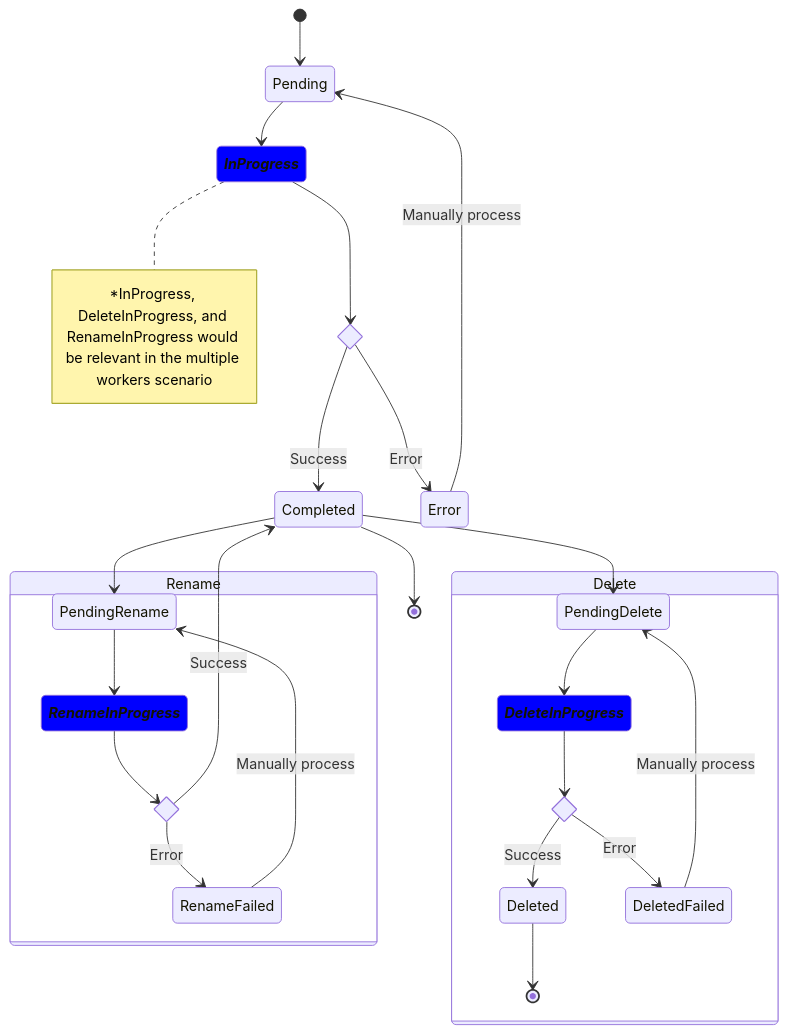
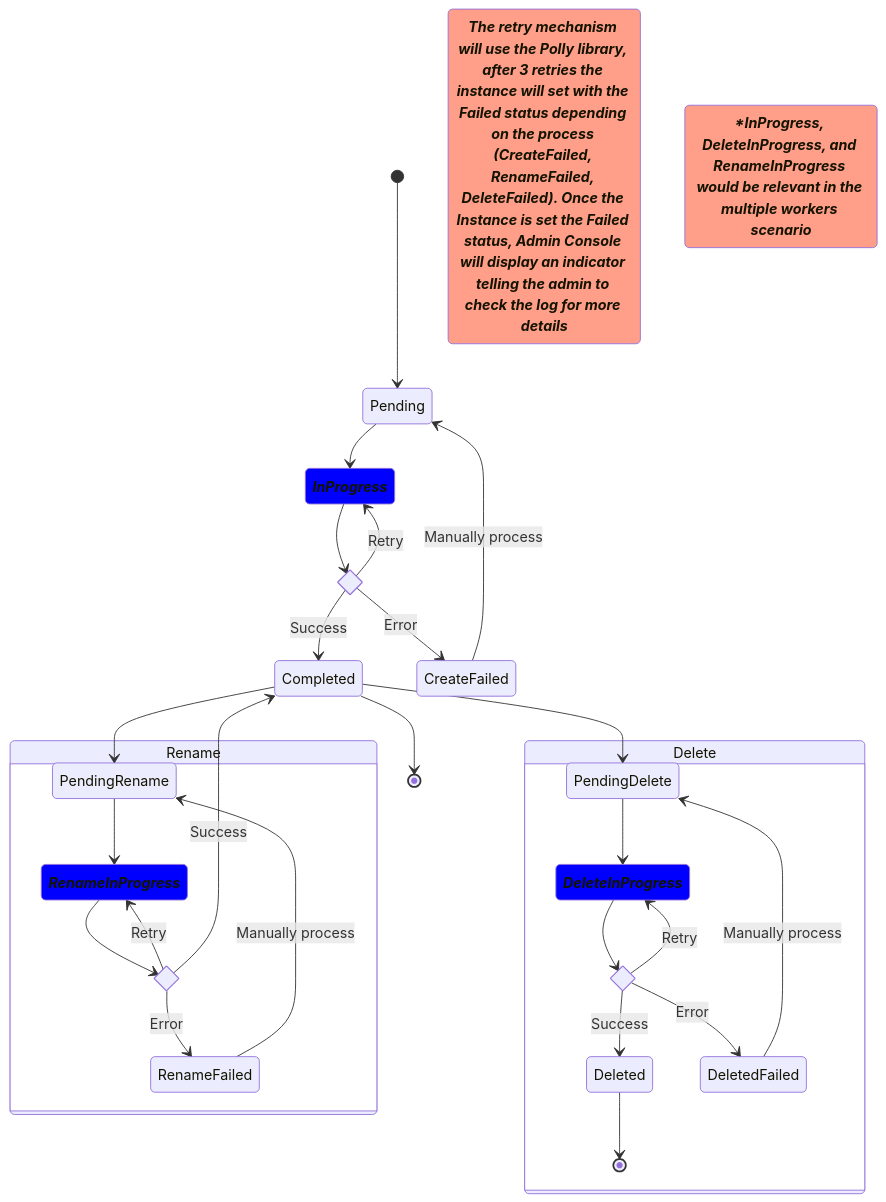
One commit to Ed-Fi-Alliance-OSS/AdminAPI-2.x changed the diagram in docs/design/adminconsole/INSTANCE-DATA.md. Above: the diagram before and after it, drawn with Mermaid. The commit also changed other lines of this file, not shown here.

Commit message:
Add more details on how we are going to handle the retry mechanism

````diff
--- a/docs/design/adminconsole/INSTANCE-DATA.md
+++ b/docs/design/adminconsole/INSTANCE-DATA.md
@@ -148,36 +149,43 @@
 ```mermaid
 stateDiagram-v2
     classDef progressStyle font-style:italic,font-weight:bold,fill:blue
+    classDef noteStyle font-style:italic,font-weight:bold,fill:#ff9e89
     [*] --> Pending
     state if_state_create <<choice>>
     Pending --> InProgress
-    note right of InProgress : *InProgress, DeleteInProgress, and RenameInProgress would be relevant in the multiple workers scenario
     InProgress --> if_state_create
     if_state_create --> Completed : Success
-    if_state_create --> Error : Error
-    Error --> Pending : Manually process
+    if_state_create --> InProgress : Retry
+    if_state_create --> CreateFailed : Error
+    CreateFailed --> Pending : Manually process
     state Rename {
         state if_state_rename <<choice>>
         PendingRename --> RenameInProgress
         RenameInProgress --> if_state_rename
+        if_state_rename --> RenameInProgress : Retry
         if_state_rename --> RenameFailed : Error
         RenameFailed --> PendingRename : Manually process
     }
     state Delete {
         state if_state_delete <<choice>>
         PendingDelete --> DeleteInProgress
         DeleteInProgress --> if_state_delete 
         if_state_delete --> Deleted : Success
+        if_state_delete --> DeleteInProgress : Retry
         if_state_delete --> DeletedFailed : Error
         DeletedFailed --> PendingDelete : Manually process
         Deleted --> [*]
     }
     if_state_rename --> Completed : Success
     Completed --> PendingDelete
     Completed --> PendingRename
     Completed --> [*]
+    noteRetry : The retry mechanism will use the Polly library, after 3 retries the instance will set with the Failed status depending on the process (CreateFailed, RenameFailed, DeleteFailed). Once the Instance is set the Failed status, Admin Console will display an indicator telling the admin to check the log for more details 
+    noteInProgress : *InProgress, DeleteInProgress, and RenameInProgress would be relevant in the multiple workers scenario
 
     class InProgress progressStyle
     class DeleteInProgress progressStyle
     class RenameInProgress progressStyle
+    class noteRetry noteStyle
+    class noteInProgress noteStyle
 ```
````
